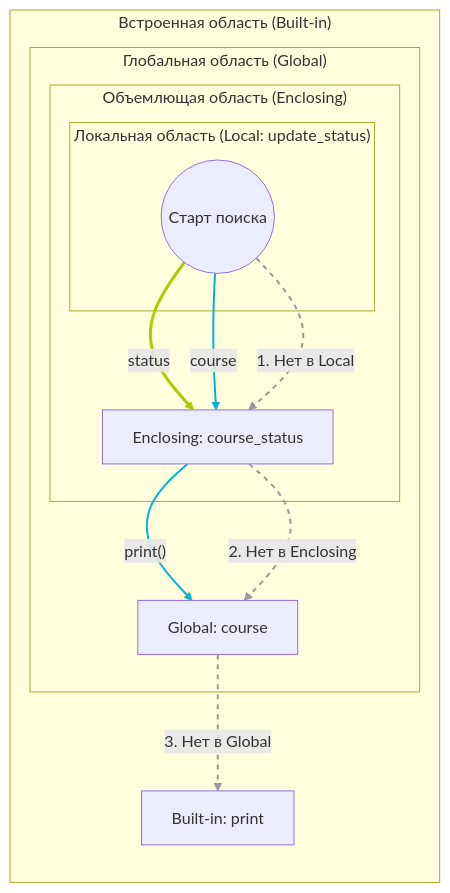
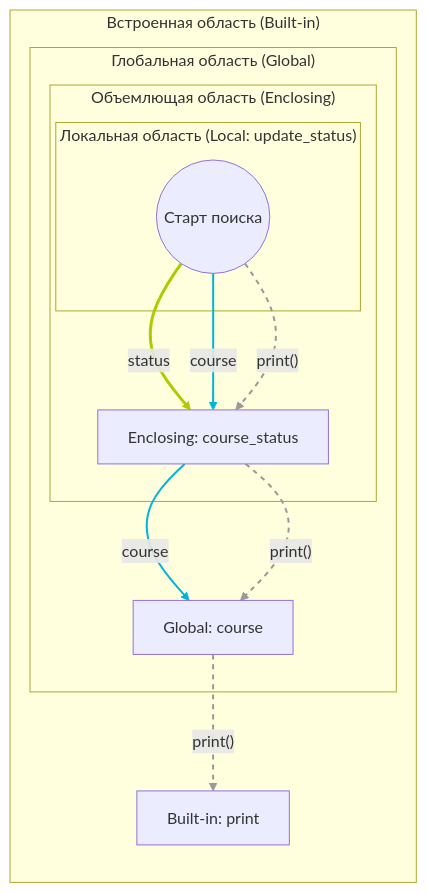
Before and after one commit to lizrd3352/labs_fop: the diagram in solutions/lab_3/README.md, drawn with Mermaid.

````diff
--- a/solutions/lab_3/README.md
+++ b/solutions/lab_3/README.md
@@ -280,33 +280,33 @@
 ```mermaid
 graph LR
     %% Определение слоев областей видимости (Матрешка)
     subgraph Built_in ["Встроенная область (Built-in)"]
         PRINT[Built-in: print]
         
         subgraph Global ["Глобальная область (Global)"]
             COURSE[Global: course]
             
             subgraph Enclosing ["Объемлющая область (Enclosing)"]
                 STATUS[Enclosing: course_status]
                 
                 subgraph Local ["Локальная область (Local: update_status)"]
                     START((Старт поиска))
                 end
             end
         end
     end
 
     %% Пути поиска имен (Стрелки)
     START -- "status" --> STATUS
     
     START -- "course" --> STATUS
-    STATUS -- "print()" --> COURSE
+    STATUS -- "course" --> COURSE
     
-    START -. "1. Нет в Local" .-> STATUS
-    STATUS -. "2. Нет в Enclosing" .-> COURSE
-    COURSE -. "3. Нет в Global" .-> PRINT
+    START -. "print()" .-> STATUS
+    STATUS -. "print()" .-> COURSE
+    COURSE -. "print()" .-> PRINT
     %% Стилизация стрелок
     linkStyle 0 stroke:#aacc00,stroke-width:3px;
     linkStyle 1,2 stroke:#00b4d8,stroke-width:2px;
     linkStyle 3,4,5 stroke:#999999,stroke-width:2px,stroke-dasharray: 5 5;
 ```
````
